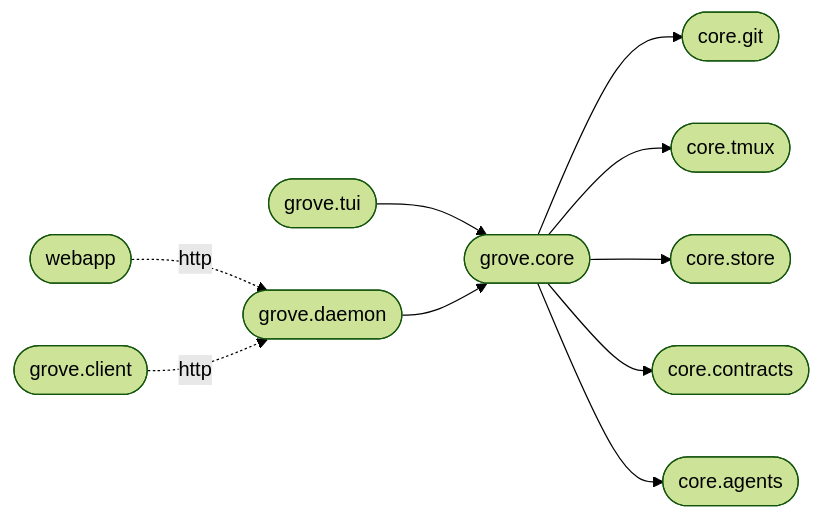
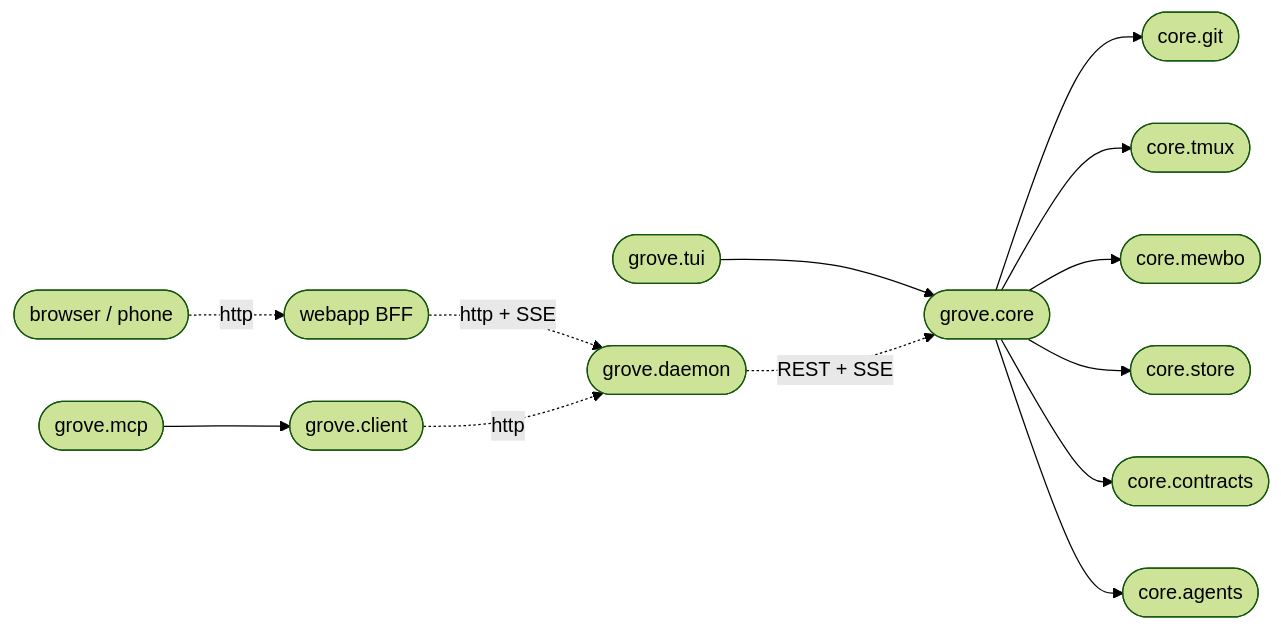
The diagram in docs/develop-architecture.md (bearlike/Grove), drawn with Mermaid (forest theme) before and after one commit. The commit also changed other lines of this file and 221 other files, not shown here.

First line of the commit message:
✨ feat(core,daemon,tui,webapp): agent steering, session exploration, Codex/Mewbo, transcript-first IDE shell

````diff
--- a/docs/develop-architecture.md
+++ b/docs/develop-architecture.md
@@ -138,12 +149,15 @@
 ```mermaid
 flowchart LR
+    Browser([browser / phone]) -.http.-> BFF([webapp BFF])
+    BFF -.http + SSE.-> Daemon([grove.daemon])
     TUI([grove.tui]) --> Core([grove.core])
-    Webapp([webapp]) -.http.-> Daemon([grove.daemon])
-    Daemon --> Core
-    Client([grove.client]) -.http.-> Daemon
+    MCP([grove.mcp]) --> Client([grove.client])
+    Client -.http.-> Daemon
+    Daemon -.REST + SSE.-> Core
     Core --> Git([core.git])
     Core --> Tmux([core.tmux])
+    Core --> Mewbo([core.mewbo])
     Core --> Store([core.store])
     Core --> Contracts([core.contracts])
     Core --> Agents([core.agents])
 ```
````
